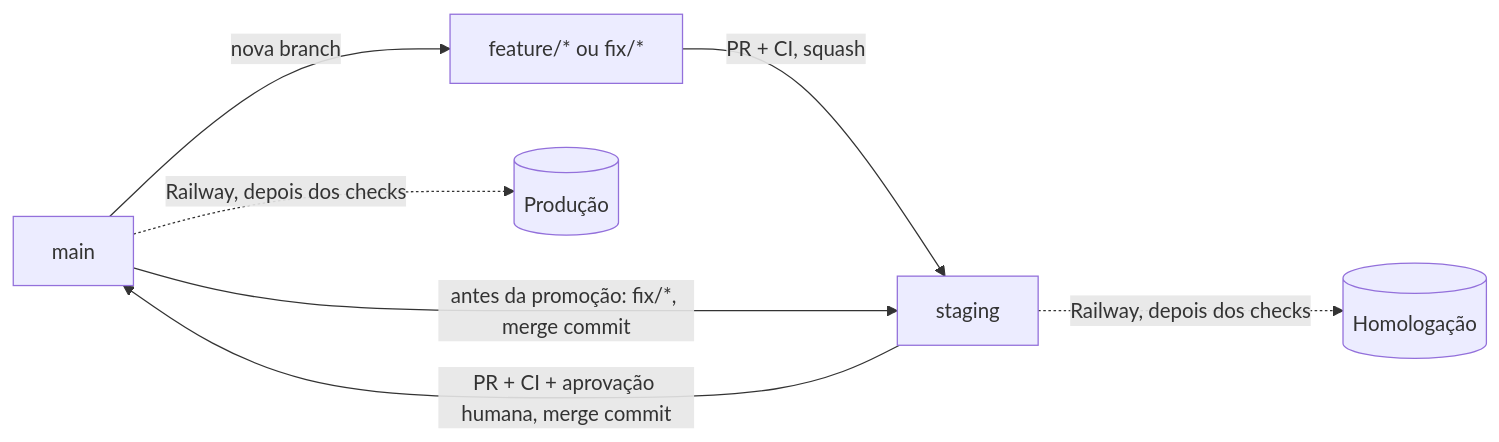
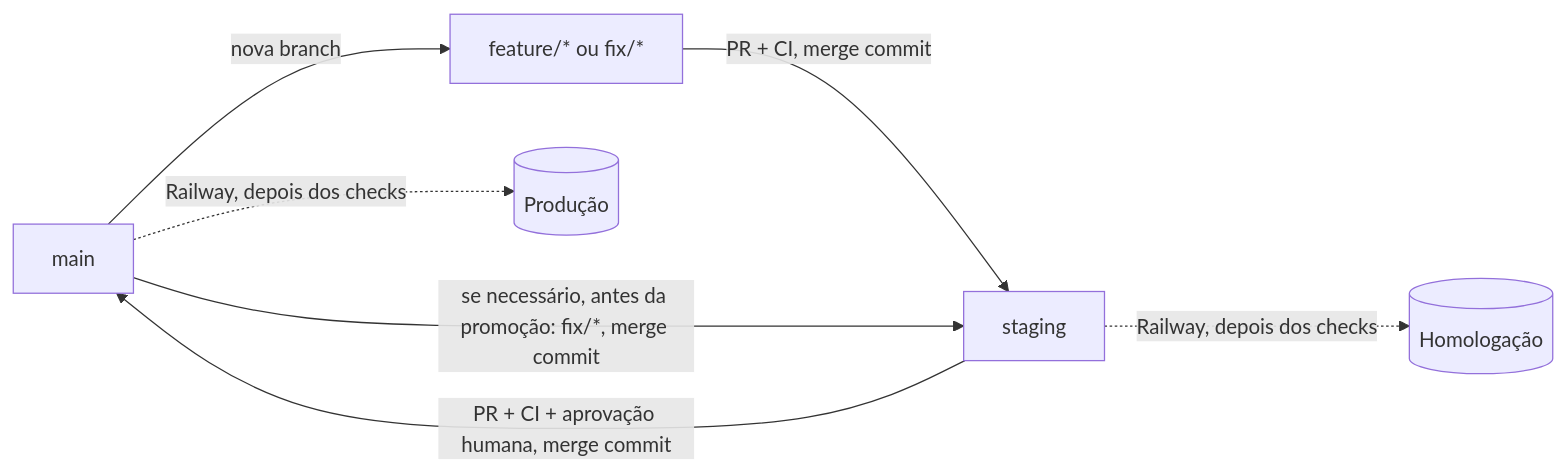
Before and after one commit to Gustavo-C-almeida/tratoo: the diagram in Docs/CICD.md, drawn with Mermaid. The commit also changed other lines of this file, not shown here.

First line of the commit message:
docs: CICD.md descreve o merge commit usado em todos os PRs

````diff
--- a/Docs/CICD.md
+++ b/Docs/CICD.md
@@ -23,9 +23,9 @@
 ```mermaid
 flowchart LR
     M[main] -->|"nova branch"| F["feature/* ou fix/*"]
-    F -->|"PR + CI, squash"| S[staging]
+    F -->|"PR + CI, merge commit"| S[staging]
     S -->|"PR + CI + aprovação humana, merge commit"| M
-    M -->|"antes da promoção: fix/*, merge commit"| S
+    M -->|"se necessário, antes da promoção: fix/*, merge commit"| S
     S -.->|"Railway, depois dos checks"| H[(Homologação)]
     M -.->|"Railway, depois dos checks"| P[(Produção)]
 ```
````
